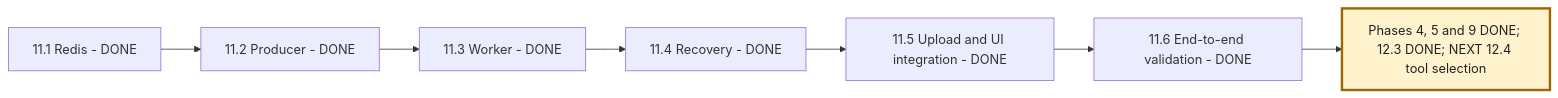
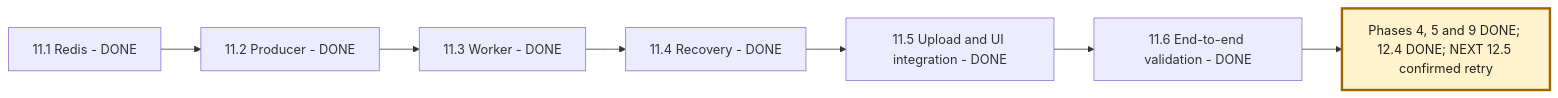
The third of 4 diagrams in NEXAAI_ROADMAP.md (msdian0007/nexaAi), drawn with Mermaid before and after one commit. The commit also changed other lines of this file and 8 other files, not shown here.

````diff
--- a/NEXAAI_ROADMAP.md
+++ b/NEXAAI_ROADMAP.md
@@ -257,10 +257,10 @@
 ```mermaid
 flowchart LR
     A[11.1 Redis - DONE] --> B[11.2 Producer - DONE]
     B --> C[11.3 Worker - DONE]
     C --> D[11.4 Recovery - DONE]
     D --> E[11.5 Upload and UI integration - DONE]
     E --> F[11.6 End-to-end validation - DONE]
-    F --> G[Phases 4, 5 and 9 DONE; 12.3 DONE; NEXT 12.4 tool selection]
+    F --> G[Phases 4, 5 and 9 DONE; 12.4 DONE; NEXT 12.5 confirmed retry]
     style G fill:#fff3cd,stroke:#9a6700,stroke-width:3px,color:#222
 ```
````
